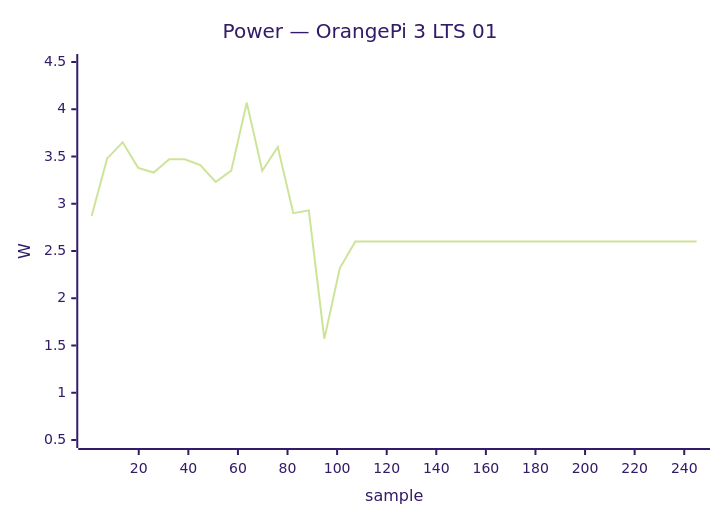
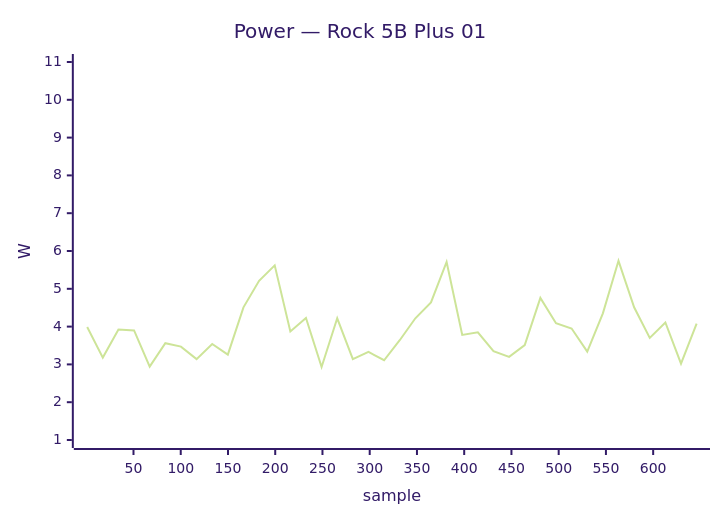
Diagram 11 of 34 in docs/status/board-tests.md (armbian/documentation), drawn with Mermaid (forest theme) before and after one commit. The commit also changed other lines of this file, not shown here.

````diff
--- a/docs/status/board-tests.md
+++ b/docs/status/board-tests.md
@@ -618,7 +637,7 @@
 ```mermaid
 xychart-beta
-    title "Power — OrangePi 3 LTS 01"
-    x-axis "sample" 1 --> 245
-    y-axis "W" 0.5 --> 4.5
-    line [2.87, 3.48, 3.65, 3.38, 3.33, 3.47, 3.47, 3.41, 3.23, 3.35, 4.07, 3.35, 3.60, 2.90, 2.93, 1.57, 2.32, 2.60, 2.60, 2.60, 2.60, 2.60, 2.60, 2.60, 2.60, 2.60, 2.60, 2.60, 2.60, 2.60, 2.60, 2.60, 2.60, 2.60, 2.60, 2.60, 2.60, 2.60, 2.60, 2.60]
+    title "Power — Rock 5B Plus 01"
+    x-axis "sample" 1 --> 646
+    y-axis "W" 1.0 --> 11.0
+    line [3.99, 3.18, 3.92, 3.90, 2.94, 3.56, 3.47, 3.14, 3.54, 3.26, 4.51, 5.21, 5.62, 3.87, 4.23, 2.93, 4.22, 3.14, 3.33, 3.11, 3.64, 4.22, 4.64, 5.71, 3.78, 3.85, 3.35, 3.20, 3.51, 4.76, 4.09, 3.95, 3.34, 4.35, 5.74, 4.51, 3.70, 4.11, 3.02, 4.08]
 ```
````
